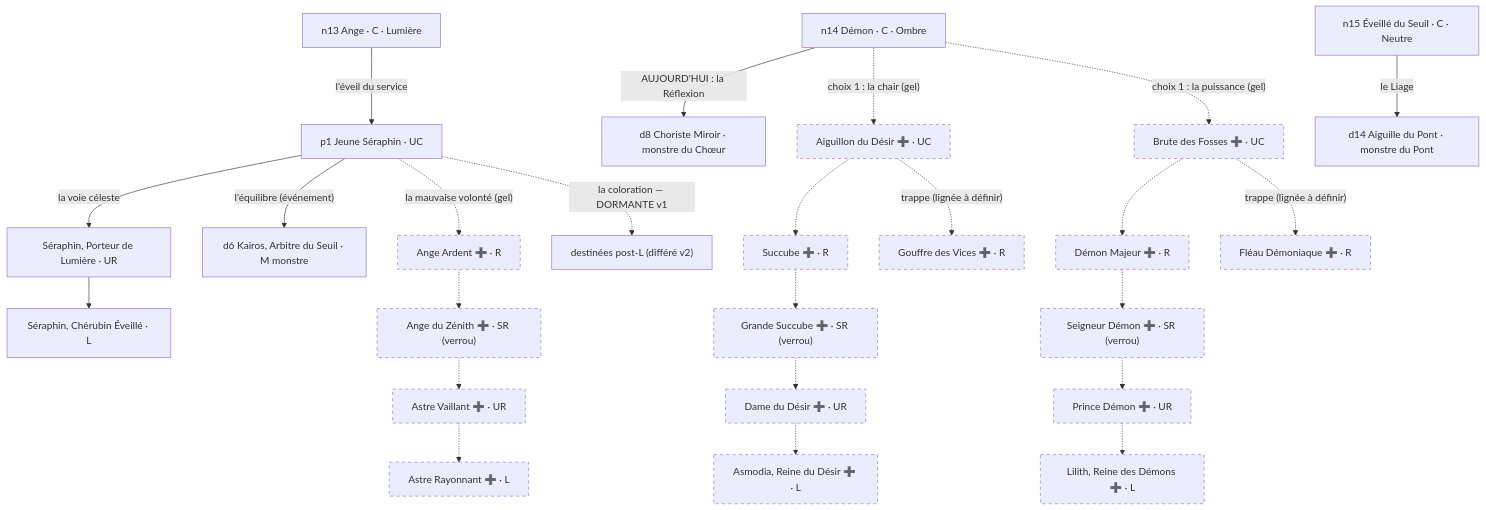
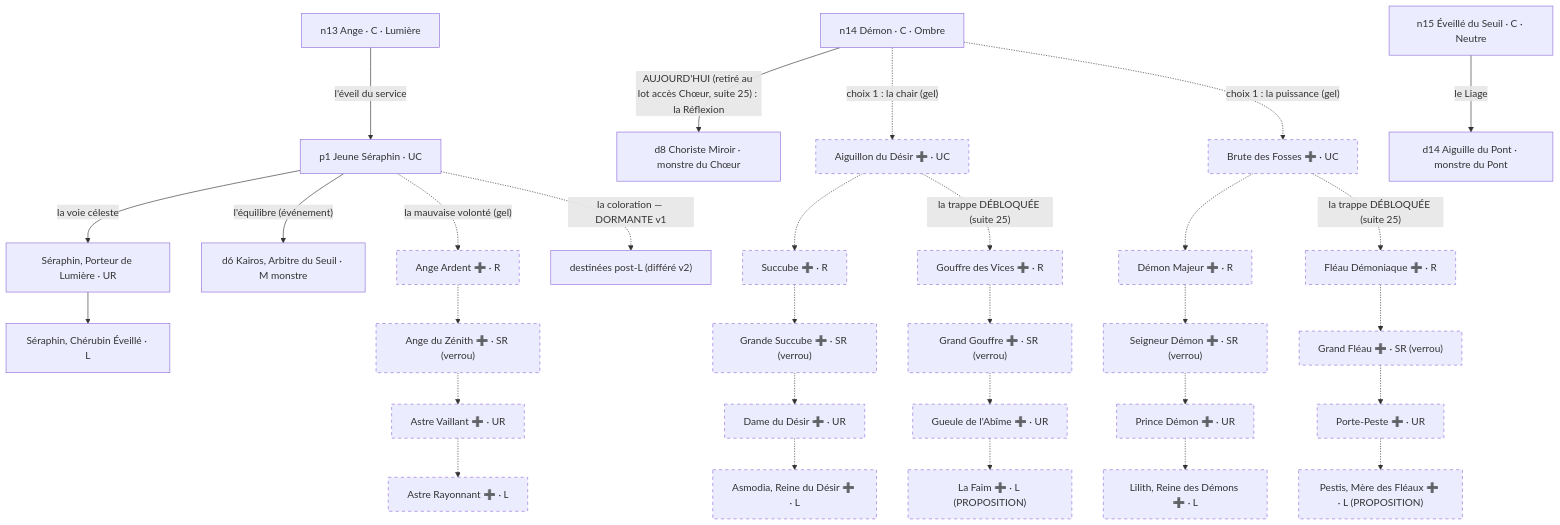
The sixth of 10 diagrams in docs/design/design-arbres-v18.md (mobize191/aicg-lignees), drawn with Mermaid before and after one commit. The commit also changed other lines of this file and 5 other files, not shown here.

Commit message:
suite 25 : n14 sans acces choeur (tranche) + trappes demon et ange debloquees avant d'avancer (priorite) : spec du lot prioritaire (camp demon 18 cartes, La Faim/Pestis propositionnees, anges devoyes, 3 options acces Choeur) + docs alignees

````diff
--- a/docs/design/design-arbres-v18.md
+++ b/docs/design/design-arbres-v18.md
@@ -383,28 +384,34 @@
 ```mermaid
 flowchart TD
   N13["n13 Ange · C · Lumière"] -->|"l'éveil du service"| P1["p1 Jeune Séraphin · UC"]
   P1 -->|"la voie céleste"| P5["Séraphin, Porteur de Lumière · UR"]
   P5 --> P6["Séraphin, Chérubin Éveillé · L"]
   P1 -->|"l'équilibre (événement)"| D6["d6 Kairos, Arbitre du Seuil · M monstre"]
   P1 -.->|"la mauvaise volonté (gel)"| AA1["Ange Ardent ➕ · R"]
   P1 -.->|"la coloration — DORMANTE v1"| X1["destinées post-L (différé v2)"]
   AA1 -.-> AA2["Ange du Zénith ➕ · SR (verrou)"]
   AA2 -.-> AA3["Astre Vaillant ➕ · UR"]
   AA3 -.-> AA4["Astre Rayonnant ➕ · L"]
-  N14["n14 Démon · C · Ombre"] -->|"AUJOURD'HUI : la Réflexion"| D8["d8 Choriste Miroir · monstre du Chœur"]
+  N14["n14 Démon · C · Ombre"] -->|"AUJOURD'HUI (retiré au lot accès Chœur, suite 25) : la Réflexion"| D8["d8 Choriste Miroir · monstre du Chœur"]
   N14 -.->|"choix 1 : la chair (gel)"| DA1["Aiguillon du Désir ➕ · UC"]
   N14 -.->|"choix 1 : la puissance (gel)"| DB1["Brute des Fosses ➕ · UC"]
   DA1 -.-> DA2["Succube ➕ · R"]
   DA2 -.-> DA3["Grande Succube ➕ · SR (verrou)"]
   DA3 -.-> DA4["Dame du Désir ➕ · UR"]
   DA4 -.-> DA5["Asmodia, Reine du Désir ➕ · L"]
-  DA1 -.->|"trappe (lignée à définir)"| DA6["Gouffre des Vices ➕ · R"]
+  DA1 -.->|"la trappe DÉBLOQUÉE (suite 25)"| DA6["Gouffre des Vices ➕ · R"]
+  DA6 -.-> DA7["Grand Gouffre ➕ · SR (verrou)"]
+  DA7 -.-> DA8["Gueule de l'Abîme ➕ · UR"]
+  DA8 -.-> DA9["La Faim ➕ · L (PROPOSITION)"]
   DB1 -.-> DB2["Démon Majeur ➕ · R"]
   DB2 -.-> DB3["Seigneur Démon ➕ · SR (verrou)"]
   DB3 -.-> DB4["Prince Démon ➕ · UR"]
   DB4 -.-> DB5["Lilith, Reine des Démons ➕ · L"]
-  DB1 -.->|"trappe (lignée à définir)"| DB6["Fléau Démoniaque ➕ · R"]
+  DB1 -.->|"la trappe DÉBLOQUÉE (suite 25)"| DB6["Fléau Démoniaque ➕ · R"]
+  DB6 -.-> DB7["Grand Fléau ➕ · SR (verrou)"]
+  DB7 -.-> DB8["Porte-Peste ➕ · UR"]
+  DB8 -.-> DB9["Pestis, Mère des Fléaux ➕ · L (PROPOSITION)"]
   N15["n15 Éveillé du Seuil · C · Neutre"] -->|"le Liage"| D14["d14 Aiguille du Pont · monstre du Pont"]
   classDef gel stroke-dasharray: 5 5;
-  class AA1,AA2,AA3,AA4,DA1,DA2,DA3,DA4,DA5,DA6,DB1,DB2,DB3,DB4,DB5,DB6 gel;
+  class AA1,AA2,AA3,AA4,DA1,DA2,DA3,DA4,DA5,DA6,DA7,DA8,DA9,DB1,DB2,DB3,DB4,DB5,DB6,DB7,DB8,DB9 gel;
 ```
````
